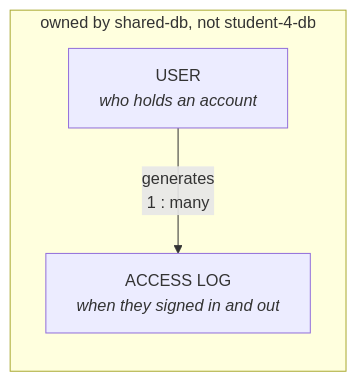
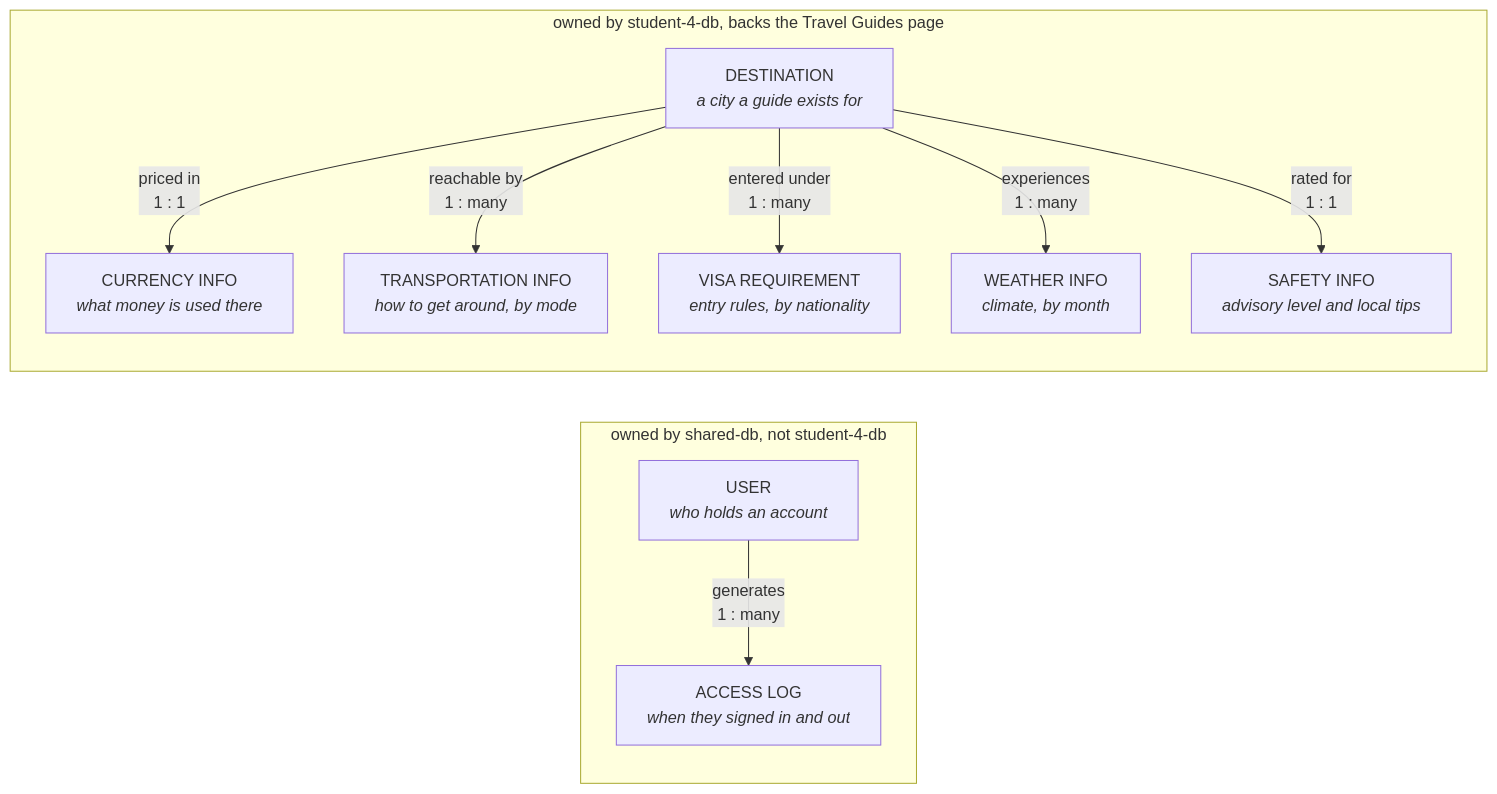
The diagram in docs/diagrams/student-4-conceptual.mmd (aurelia-sari/ads-assignment), drawn with Mermaid before and after one commit. The commit also changed 5 other files, not shown here.

First line of the commit message:
Update student-4 docs and diagrams with the Travel Guides feature

```diff
--- a/docs/diagrams/student-4-conceptual.mmd
+++ b/docs/diagrams/student-4-conceptual.mmd
@@ -1,14 +1,36 @@
 %% student-4 - Conceptual data model.
 %% Entities and relationships only. No attributes, no keys, no types - those
 %% belong to the logical and physical models.
 
 graph LR
     U["USER<br/><i>who holds an account</i>"]
     L["ACCESS LOG<br/><i>when they signed in and out</i>"]
 
     U -->|"generates<br/>1 : many"| L
 
     subgraph Boundary["owned by shared-db, not student-4-db"]
         U
         L
     end
+
+    D["DESTINATION<br/><i>a city a guide exists for</i>"]
+    C["CURRENCY INFO<br/><i>what money is used there</i>"]
+    T["TRANSPORTATION INFO<br/><i>how to get around, by mode</i>"]
+    V["VISA REQUIREMENT<br/><i>entry rules, by nationality</i>"]
+    W["WEATHER INFO<br/><i>climate, by month</i>"]
+    S["SAFETY INFO<br/><i>advisory level and local tips</i>"]
+
+    D -->|"priced in<br/>1 : 1"| C
+    D -->|"reachable by<br/>1 : many"| T
+    D -->|"entered under<br/>1 : many"| V
+    D -->|"experiences<br/>1 : many"| W
+    D -->|"rated for<br/>1 : 1"| S
+
+    subgraph Guides["owned by student-4-db, backs the Travel Guides page"]
+        D
+        C
+        T
+        V
+        W
+        S
+    end
```
